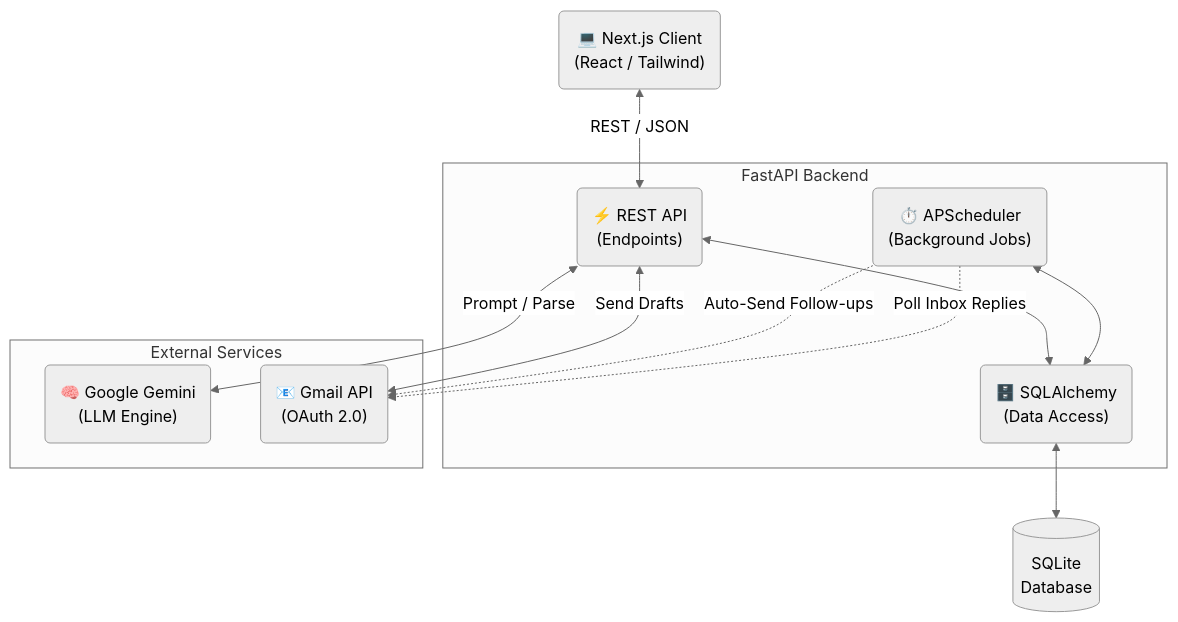
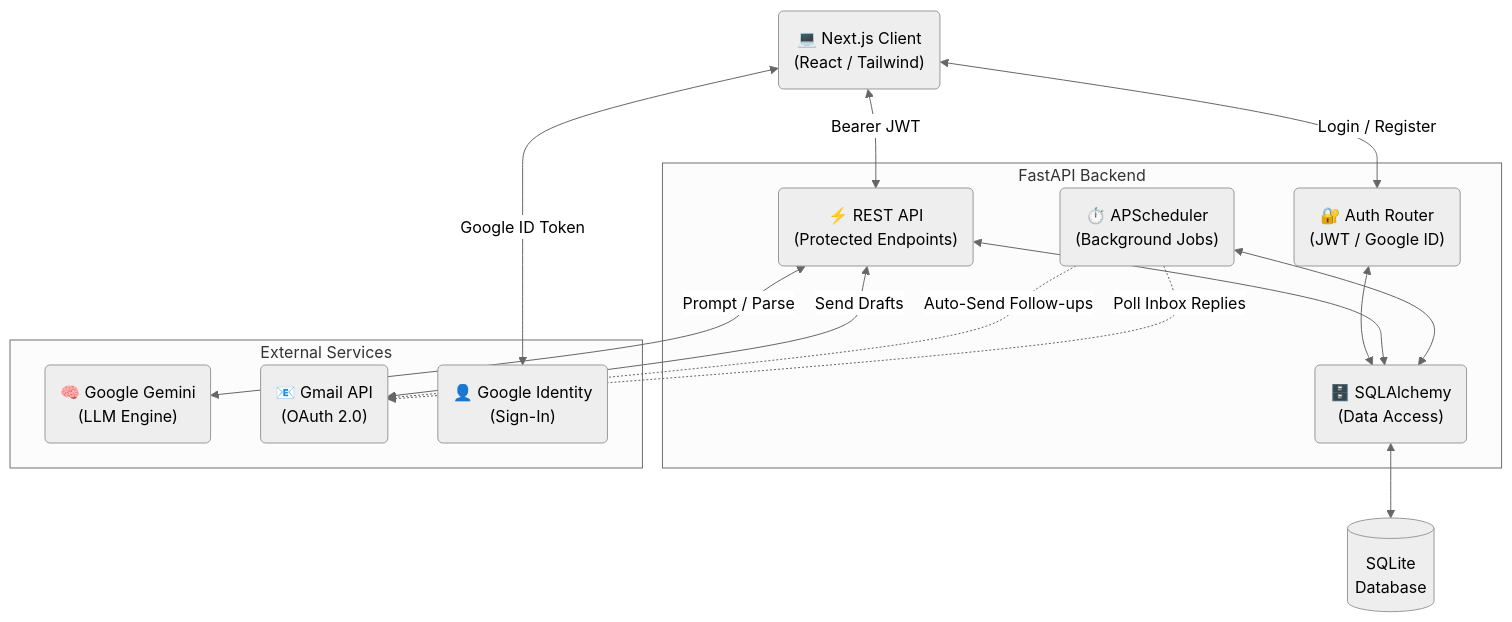
Before and after one commit to codexankitsingh/autoref: the diagram in README.md, drawn with Mermaid (neutral theme). The commit also changed other lines of this file, not shown here.

Commit message:
docs: update README with multi-tenant auth architecture and features

````diff
--- a/README.md
+++ b/README.md
@@ -10,28 +10,34 @@
 ```mermaid
 graph TD
     Client("💻 Next.js Client<br/>(React / Tailwind)")
     
     subgraph FastAPI Backend
-        API("⚡ REST API<br/>(Endpoints)")
+        Auth("🔐 Auth Router<br/>(JWT / Google ID)")
+        API("⚡ REST API<br/>(Protected Endpoints)")
         Scheduler("⏱️ APScheduler<br/>(Background Jobs)")
         ORM("🗄️ SQLAlchemy<br/>(Data Access)")
     end
 
     subgraph External Services
         Gemini("🧠 Google Gemini<br/>(LLM Engine)")
         Gmail("📧 Gmail API<br/>(OAuth 2.0)")
+        GoogleAuth("👤 Google Identity<br/>(Sign-In)")
     end
     
     DB[("SQLite<br/>Database")]
 
-    Client <-->|REST / JSON| API
+    Client <-->|Google ID Token| GoogleAuth
+    Client <-->|Login / Register| Auth
+    Client <-->|Bearer JWT| API
+    
+    Auth <--> ORM
     API <--> ORM
     Scheduler <--> ORM
     ORM <--> DB
     
     API <-->|Prompt / Parse| Gemini
     API <-->|Send Drafts| Gmail
     
     Scheduler -.->|Auto-Send Follow-ups| Gmail
     Scheduler -.->|Poll Inbox Replies| Gmail
 ```
````
